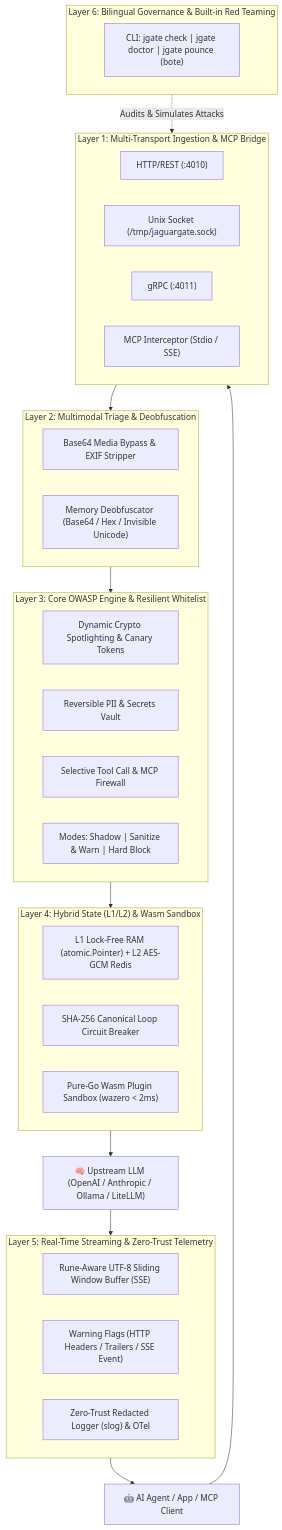
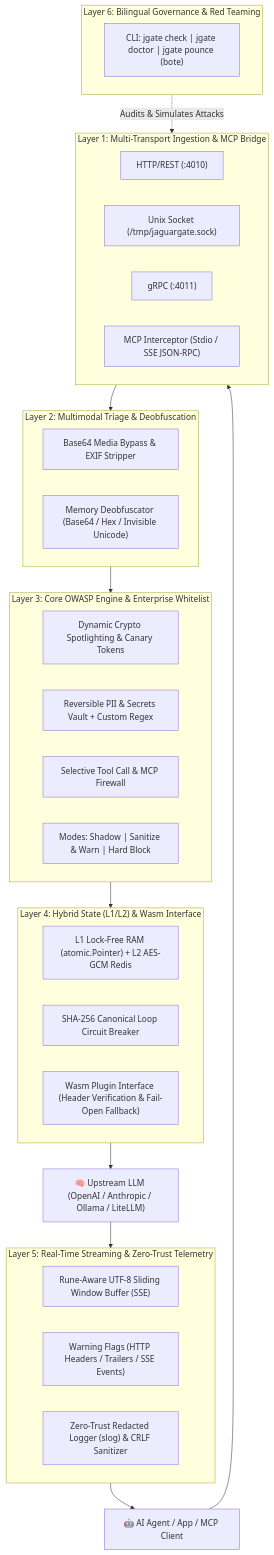
One commit to andrewbraga1/jaguargate changed the diagram in README.md. Above: the diagram before and after it, drawn with Mermaid. The commit also changed other lines of this file and 21 other files, not shown here.

Commit message:
feat(core): harden stream tools, mcp sibling inspection, anthropic output and grpc auth

````diff
--- a/README.md
+++ b/README.md
@@ -31,45 +34,45 @@
 ```mermaid
 flowchart TD
     Client["🤖 AI Agent / App / MCP Client"]
 
     subgraph L1["Layer 1: Multi-Transport Ingestion & MCP Bridge"]
         HTTP["HTTP/REST (:4010)"]
         UDS["Unix Socket (/tmp/jaguargate.sock)"]
         GRPC["gRPC (:4011)"]
-        MCP["MCP Interceptor (Stdio / SSE)"]
+        MCP["MCP Interceptor (Stdio / SSE JSON-RPC)"]
     end
 
     subgraph L2["Layer 2: Multimodal Triage & Deobfuscation"]
         Media["Base64 Media Bypass & EXIF Stripper"]
         Deob["Memory Deobfuscator (Base64 / Hex / Invisible Unicode)"]
     end
 
-    subgraph L3["Layer 3: Core OWASP Engine & Resilient Whitelist"]
+    subgraph L3["Layer 3: Core OWASP Engine & Enterprise Whitelist"]
         Spot["Dynamic Crypto Spotlighting & Canary Tokens"]
-        Vault["Reversible PII & Secrets Vault"]
+        Vault["Reversible PII & Secrets Vault + Custom Regex"]
         Tools["Selective Tool Call & MCP Firewall"]
         Modes["Modes: Shadow | Sanitize & Warn | Hard Block"]
     end
 
-    subgraph L4["Layer 4: Hybrid State (L1/L2) & Wasm Sandbox"]
+    subgraph L4["Layer 4: Hybrid State (L1/L2) & Wasm Interface"]
         State["L1 Lock-Free RAM (atomic.Pointer) + L2 AES-GCM Redis"]
         Loop["SHA-256 Canonical Loop Circuit Breaker"]
-        Wasm["Pure-Go Wasm Plugin Sandbox (wazero < 2ms)"]
+        Wasm["Wasm Plugin Interface (Header Verification & Fail-Open Fallback)"]
     end
 
     subgraph L5["Layer 5: Real-Time Streaming & Zero-Trust Telemetry"]
         Slide["Rune-Aware UTF-8 Sliding Window Buffer (SSE)"]
-        Flags["Warning Flags (HTTP Headers / Trailers / SSE Event)"]
-        Logs["Zero-Trust Redacted Logger (slog) & OTel"]
+        Flags["Warning Flags (HTTP Headers / Trailers / SSE Events)"]
+        Logs["Zero-Trust Redacted Logger (slog) & CRLF Sanitizer"]
     end
 
-    subgraph L6["Layer 6: Bilingual Governance & Built-in Red Teaming"]
+    subgraph L6["Layer 6: Bilingual Governance & Red Teaming"]
         CLI["CLI: jgate check | jgate doctor | jgate pounce (bote)"]
     end
 
     Upstream["🧠 Upstream LLM (OpenAI / Anthropic / Ollama / LiteLLM)"]
 
     Client --> L1 --> L2 --> L3 --> L4 --> Upstream
     Upstream --> L5 --> Client
     L6 -.->|"Audits & Simulates Attacks"| L1
 ```
````
